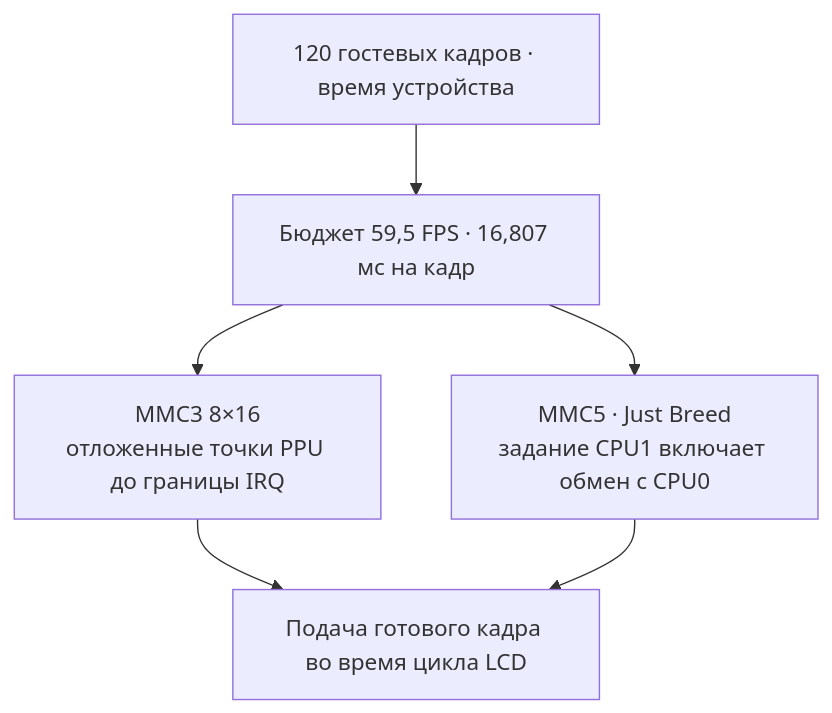
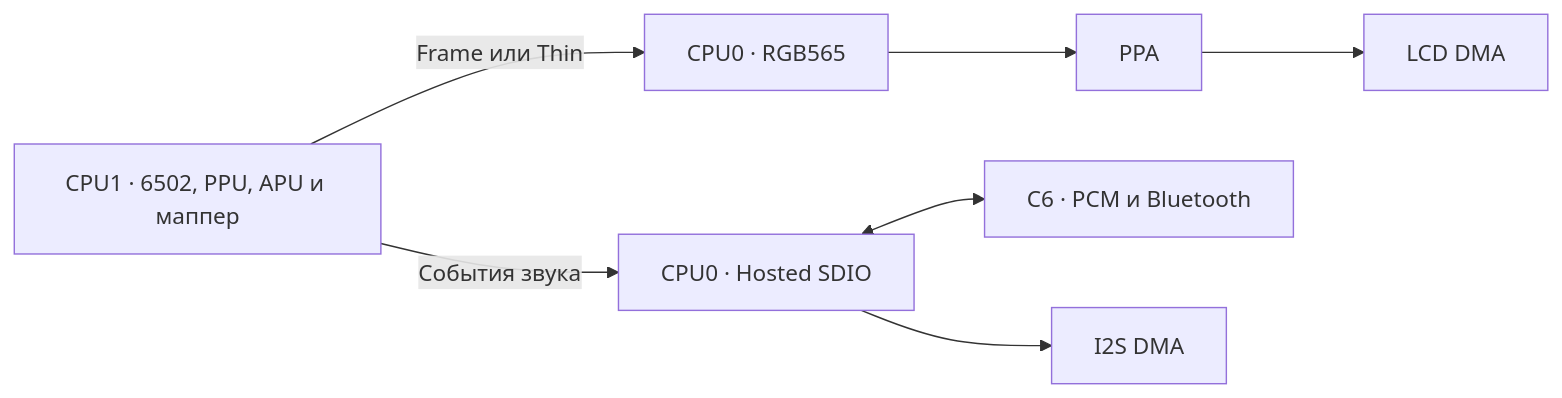
Before and after one commit to KirPoz/bitvyr: the diagram in bitvyr_nes_p4c6/beta/docs/02-architecture.md, drawn with Mermaid. The commit also changed other lines of this file and 63 other files, not shown here.

````diff
--- a/bitvyr_nes_p4c6/beta/docs/02-architecture.md
+++ b/bitvyr_nes_p4c6/beta/docs/02-architecture.md
@@ -136,8 +5,8 @@
 ```mermaid
-flowchart TD
-    R["120 гостевых кадров · время устройства"] --> B["Бюджет 59,5 FPS · 16,807 мс на кадр"]
-    B --> W["MMC3 8×16<br/>отложенные точки PPU до границы IRQ"]
-    B --> C["MMC5 · Just Breed<br/>задание CPU1 включает обмен с CPU0"]
-    W --> P["Подача готового кадра во время цикла LCD"]
-    C --> P
+flowchart LR
+    CPU["CPU1 · 6502, PPU, APU и маппер"] -->|Frame или Thin| RGB["CPU0 · RGB565"]
+    RGB --> PPA["PPA"] --> LCD["LCD DMA"]
+    CPU -->|События звука| Host["CPU0 · Hosted SDIO"]
+    Host <--> C6["C6 · PCM и Bluetooth"]
+    Host --> Audio["I2S DMA"]
 ```
````
